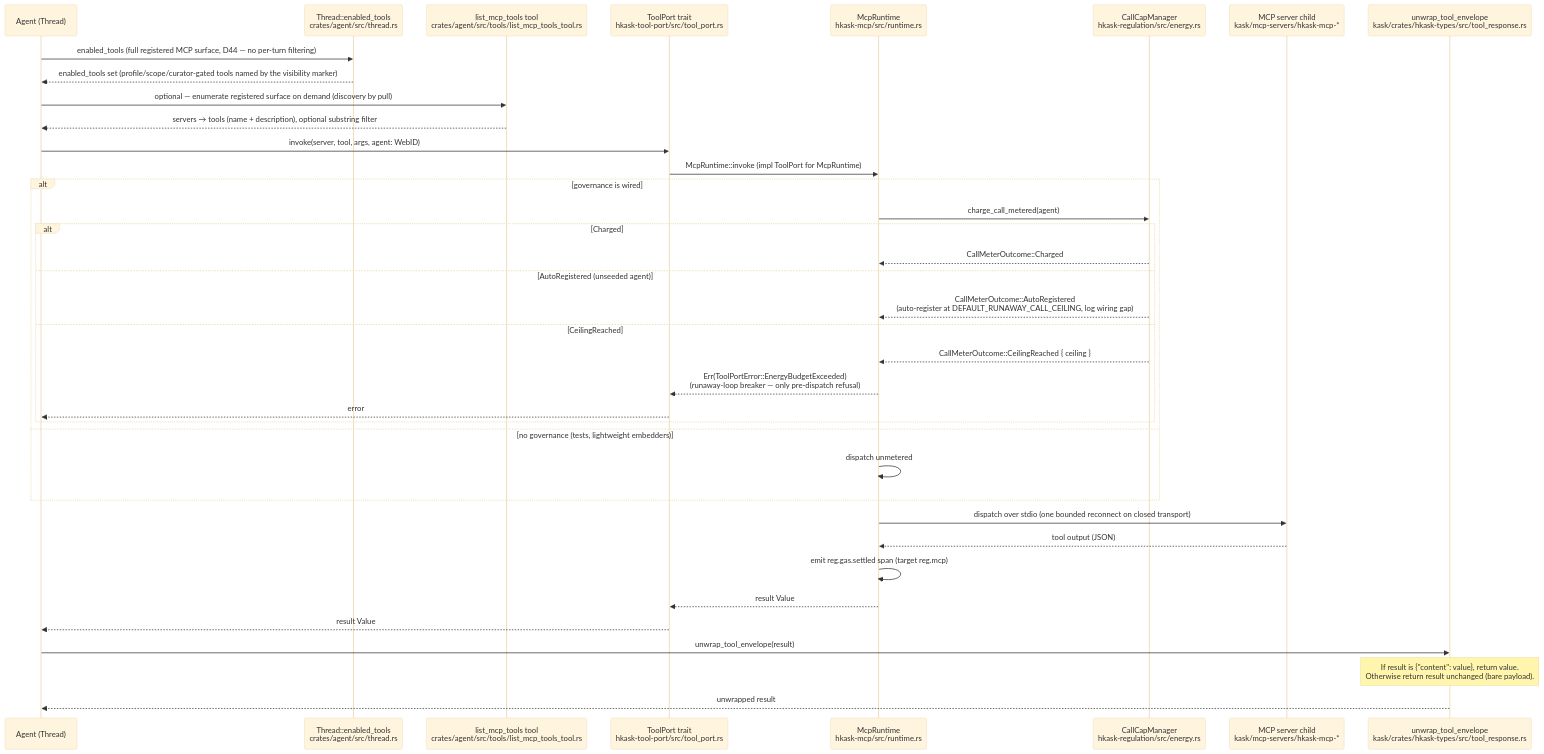
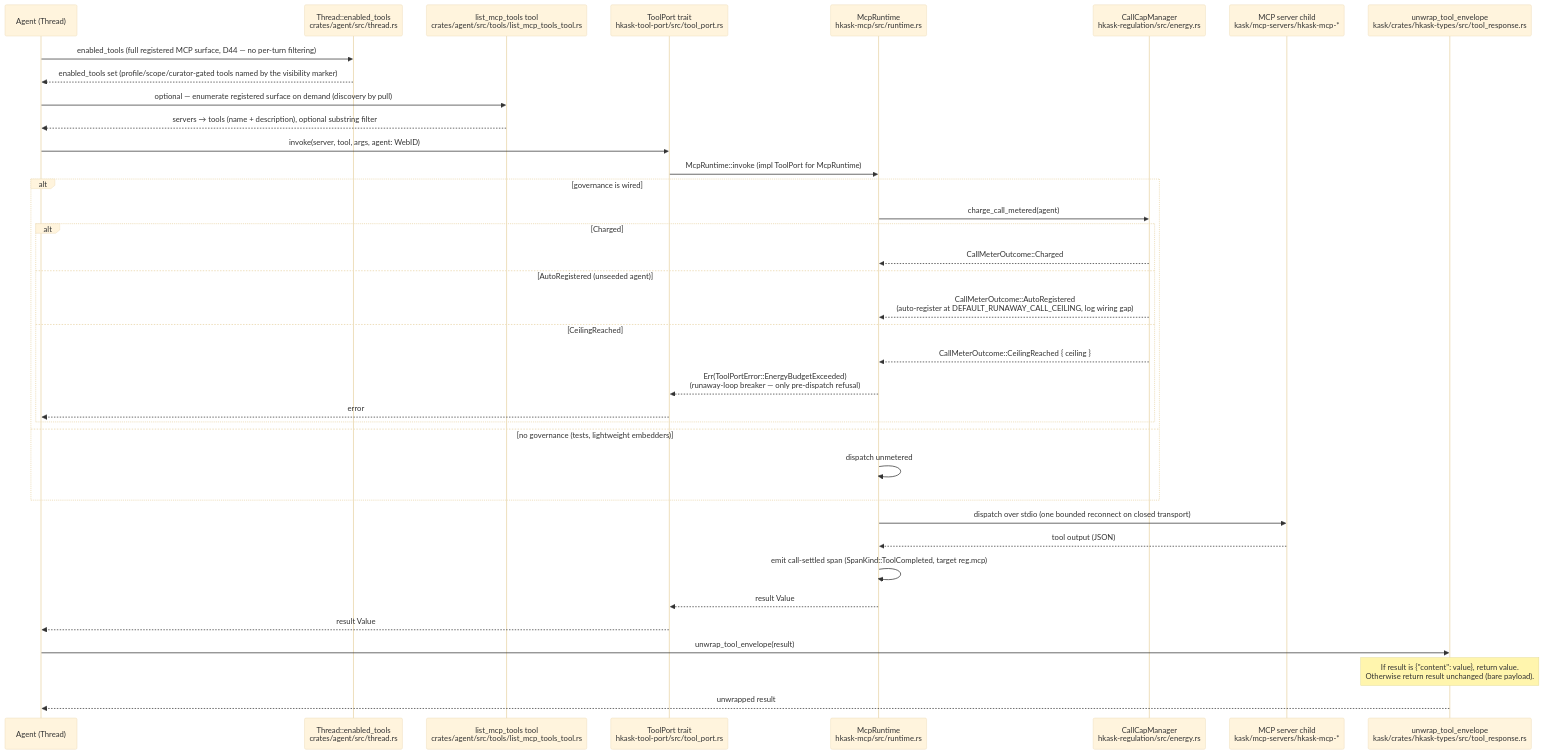
Before and after one commit to mdz-axo/zed-kask: the second of 4 diagrams in kask/docs/diagrams/mcp-dispatch.md, drawn with Mermaid (base theme). The commit also changed other lines of this file and 26 other files, not shown here.

````diff
--- a/kask/docs/diagrams/mcp-dispatch.md
+++ b/kask/docs/diagrams/mcp-dispatch.md
@@ -72,41 +72,41 @@
 ```mermaid
 sequenceDiagram
     participant Agent as Agent (Thread)
     participant Enabled as Thread::enabled_tools<br/>crates/agent/src/thread.rs
     participant ListTools as list_mcp_tools tool<br/>crates/agent/src/tools/list_mcp_tools_tool.rs
     participant ToolPort as ToolPort trait<br/>hkask-tool-port/src/tool_port.rs
     participant Runtime as McpRuntime<br/>hkask-mcp/src/runtime.rs
     participant Cap as CallCapManager<br/>hkask-regulation/src/energy.rs
     participant Server as MCP server child<br/>kask/mcp-servers/hkask-mcp-*
     participant Unwrap as unwrap_tool_envelope<br/>kask/crates/hkask-types/src/tool_response.rs
 
     Agent->>Enabled: enabled_tools (full registered MCP surface, D44 — no per-turn filtering)
     Enabled-->>Agent: enabled_tools set (profile/scope/curator-gated tools named by the visibility marker)
     Agent->>ListTools: optional — enumerate registered surface on demand (discovery by pull)
     ListTools-->>Agent: servers → tools (name + description), optional substring filter
 
     Agent->>ToolPort: invoke(server, tool, args, agent: WebID)
     ToolPort->>Runtime: McpRuntime::invoke (impl ToolPort for McpRuntime)
     alt governance is wired
         Runtime->>Cap: charge_call_metered(agent)
         alt Charged
             Cap-->>Runtime: CallMeterOutcome::Charged
         else AutoRegistered (unseeded agent)
             Cap-->>Runtime: CallMeterOutcome::AutoRegistered<br/>(auto-register at DEFAULT_RUNAWAY_CALL_CEILING, log wiring gap)
         else CeilingReached
             Cap-->>Runtime: CallMeterOutcome::CeilingReached { ceiling }
             Runtime-->>ToolPort: Err(ToolPortError::EnergyBudgetExceeded)<br/>(runaway-loop breaker — only pre-dispatch refusal)
             ToolPort-->>Agent: error
         end
     else no governance (tests, lightweight embedders)
         Runtime->>Runtime: dispatch unmetered
     end
     Runtime->>Server: dispatch over stdio (one bounded reconnect on closed transport)
     Server-->>Runtime: tool output (JSON)
-    Runtime->>Runtime: emit reg.gas.settled span (target reg.mcp)
+    Runtime->>Runtime: emit call-settled span (SpanKind::ToolCompleted, target reg.mcp)
     Runtime-->>ToolPort: result Value
     ToolPort-->>Agent: result Value
     Agent->>Unwrap: unwrap_tool_envelope(result)
     Note over Unwrap: If result is {"content": value}, return value.<br/>Otherwise return result unchanged (bare payload).
     Unwrap-->>Agent: unwrapped result
 ```
````
